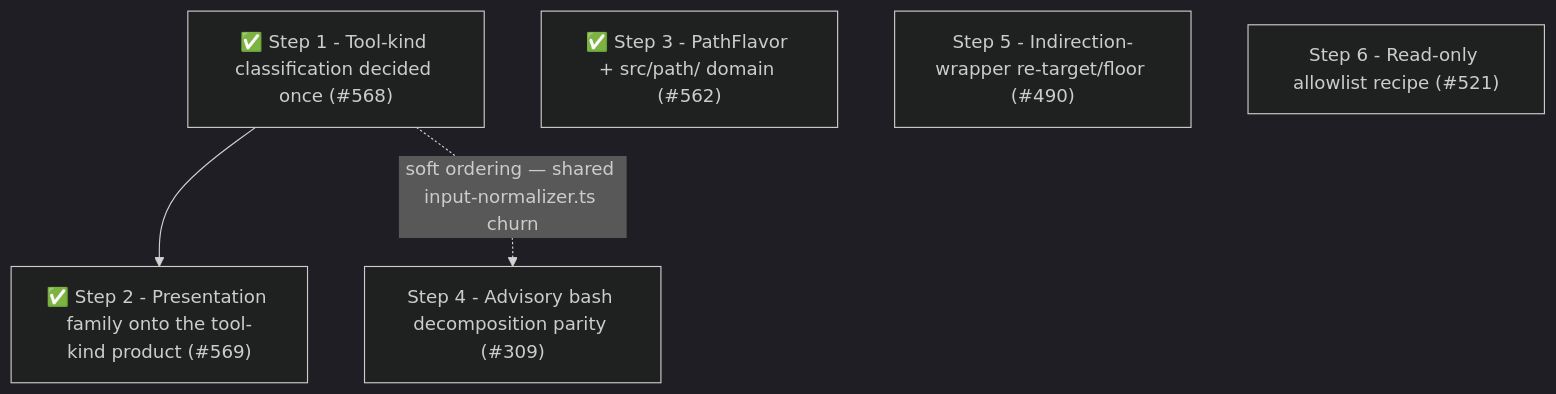
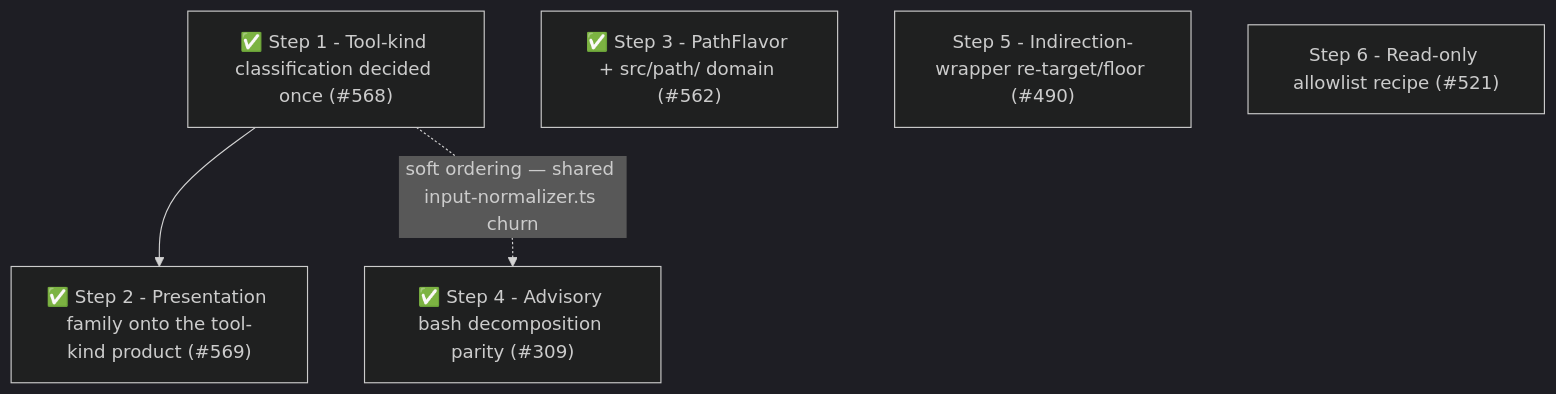
One commit to whaoa/forked-gotgenes-pi-packages changed the fourth of 4 diagrams in packages/pi-permission-system/docs/architecture/architecture.md. Above: the diagram before and after it, drawn with Mermaid (dark theme). The commit also changed other lines of this file and 2 other files, not shown here.

Commit message:
docs(pi-permission-system): document advisory bash decomposition and complete roadmap step 4

````diff
--- a/packages/pi-permission-system/docs/architecture/architecture.md
+++ b/packages/pi-permission-system/docs/architecture/architecture.md
@@ -975,8 +977,8 @@
 ```mermaid
 flowchart TD
     S1["✅ Step 1 - Tool-kind classification decided once (#568)"] --> S2["✅ Step 2 - Presentation family onto the tool-kind product (#569)"]
-    S1 -.->|"soft ordering — shared input-normalizer.ts churn"| S4["Step 4 - Advisory bash decomposition parity (#309)"]
+    S1 -.->|"soft ordering — shared input-normalizer.ts churn"| S4["✅ Step 4 - Advisory bash decomposition parity (#309)"]
     S3["✅ Step 3 - PathFlavor + src/path/ domain (#562)"]
     S5["Step 5 - Indirection-wrapper re-target/floor (#490)"]
     S6["Step 6 - Read-only allowlist recipe (#521)"]
 ```
````
